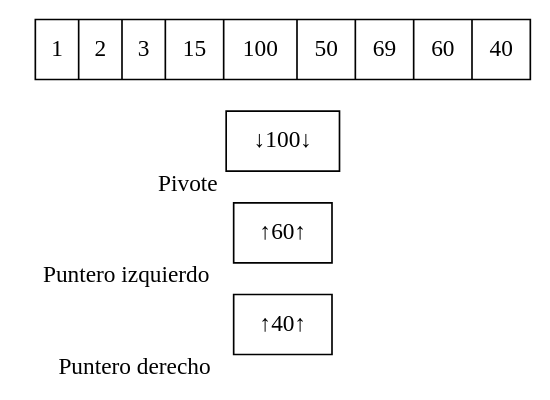
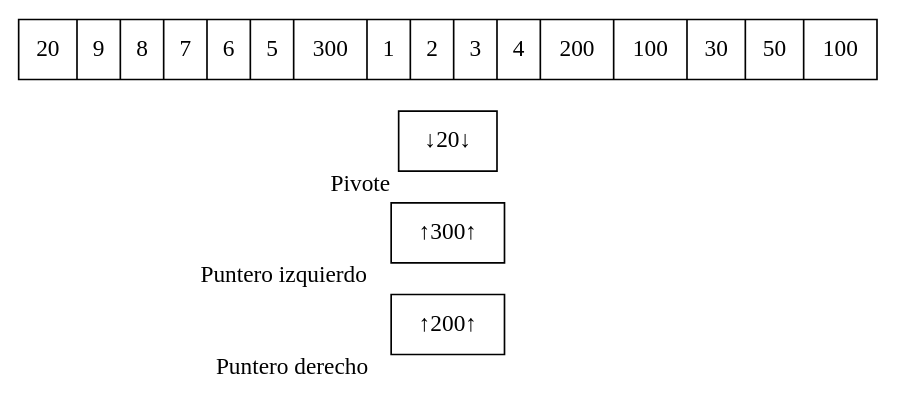
One commit to oscarc99/EDD_DIC_2019_PY2_201709140- changed the diagram in build/classes/Imagenes/quicksort/i43.dot. Above: the diagram before and after it, drawn with Graphviz. The commit also changed 655 other files, not shown here.

```diff
--- a/build/classes/Imagenes/quicksort/i43.dot
+++ b/build/classes/Imagenes/quicksort/i43.dot
@@ -1,5 +1,5 @@
 digraph G{ node [shape = record ];
- rankdir=LR;puntDer[label="↑40↑" xlabel="Puntero derecho" pos = "12,0!"]
-puntIzq[label="↑60↑" xlabel="Puntero izquierdo" pos = "8,0!"]
-pivote[label="↓100↓" xlabel ="Pivote" pos = "10,2!"]
-X[label="{ 1|2|3|15|100|50|69|60|40}" pos = "10,1!" ]}
+ rankdir=LR;puntDer[label="↑200↑" xlabel="Puntero derecho" pos = "12,0!"]
+puntIzq[label="↑300↑" xlabel="Puntero izquierdo" pos = "8,0!"]
+pivote[label="↓20↓" xlabel ="Pivote" pos = "10,2!"]
+X[label="{ 20|9|8|7|6|5|300|1|2|3|4|200|100|30|50|100}" pos = "10,1!" ]}
```
